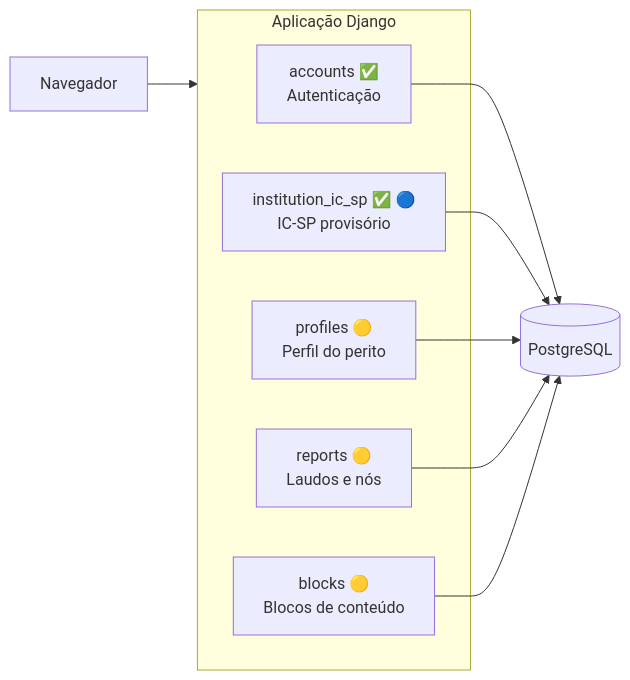
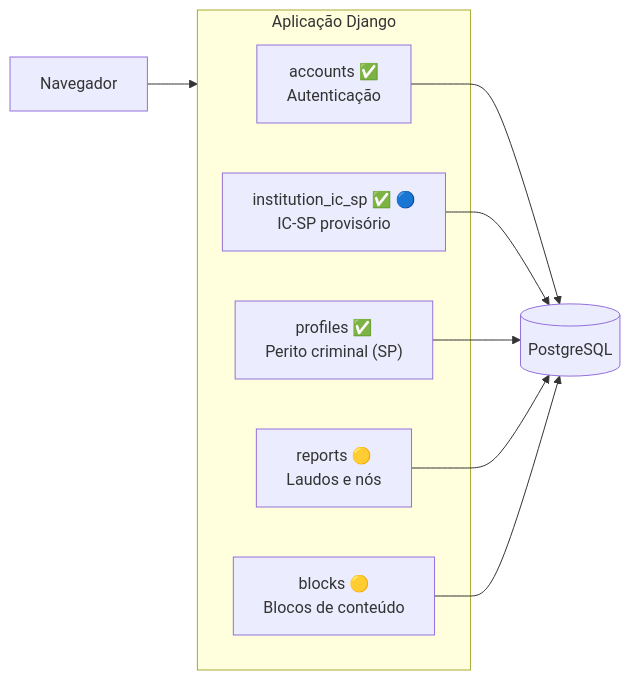
The second of 2 diagrams in docs/architecture/01-context.md (PeritoCriminal/reportline), drawn with Mermaid before and after one commit. The commit also changed other lines of this file and 26 other files, not shown here.

````diff
--- a/docs/architecture/01-context.md
+++ b/docs/architecture/01-context.md
@@ -51,21 +51,21 @@
 ```mermaid
 flowchart LR
     browser["Navegador"]
 
     subgraph django ["Aplicação Django"]
         accounts["accounts ✅<br/>Autenticação"]
         institution_ic_sp["institution_ic_sp ✅ 🔵<br/>IC-SP provisório"]
-        profiles["profiles 🟡<br/>Perfil do perito"]
+        profiles["profiles ✅<br/>Perito criminal (SP)"]
         reports["reports 🟡<br/>Laudos e nós"]
         blocks["blocks 🟡<br/>Blocos de conteúdo"]
     end
 
     postgres[("PostgreSQL")]
 
     browser --> django
     accounts --> postgres
     institution_ic_sp --> postgres
     profiles --> postgres
     reports --> postgres
     blocks --> postgres
 ```
````
